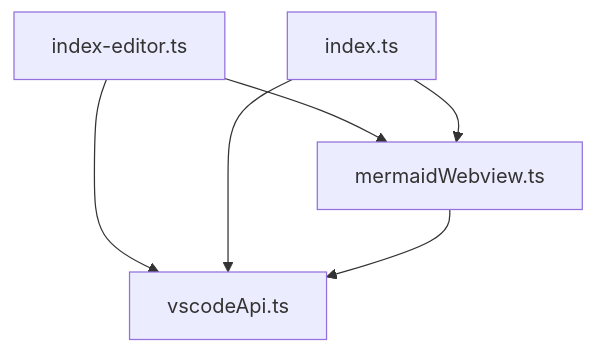
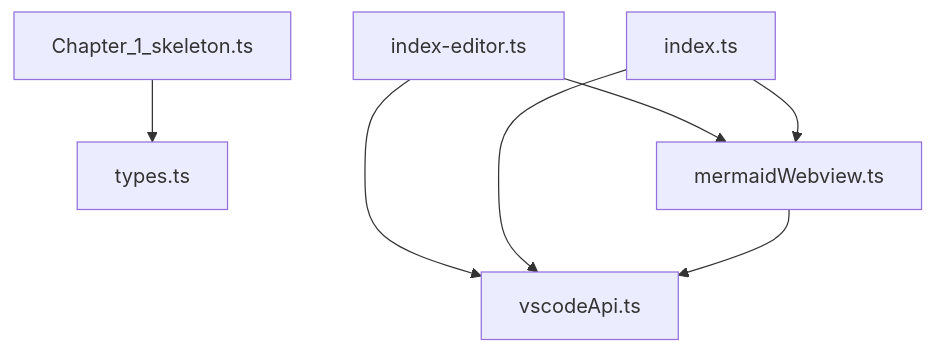
One commit to CardSorting/Marie-Psychic-Architecture changed the diagram in SENTINEL.md. Above: the diagram before and after it, drawn with Mermaid. The commit also changed other lines of this file and 8 other files, not shown here.

````diff
--- a/SENTINEL.md
+++ b/SENTINEL.md
@@ -15,9 +15,10 @@
 ```mermaid
 graph TD;
+  _vault_novel_src_plumbing_Chapter_1_skeleton_ts[Chapter_1_skeleton.ts] --> _vault_novel_src_plumbing_types_ts[types.ts];
   _vscode_test_vscode_darwin_arm64_1_109_3_Visual_Studio_Code_app_Contents_Resources_app_extensions_mermaid_chat_features_chat_webview_src_index_editor_ts[index-editor.ts] --> _vscode_test_vscode_darwin_arm64_1_109_3_Visual_Studio_Code_app_Contents_Resources_app_extensions_mermaid_chat_features_chat_webview_src_mermaidWebview_ts[mermaidWebview.ts];
   _vscode_test_vscode_darwin_arm64_1_109_3_Visual_Studio_Code_app_Contents_Resources_app_extensions_mermaid_chat_features_chat_webview_src_index_editor_ts[index-editor.ts] --> _vscode_test_vscode_darwin_arm64_1_109_3_Visual_Studio_Code_app_Contents_Resources_app_extensions_mermaid_chat_features_chat_webview_src_vscodeApi_ts[vscodeApi.ts];
   _vscode_test_vscode_darwin_arm64_1_109_3_Visual_Studio_Code_app_Contents_Resources_app_extensions_mermaid_chat_features_chat_webview_src_index_ts[index.ts] --> _vscode_test_vscode_darwin_arm64_1_109_3_Visual_Studio_Code_app_Contents_Resources_app_extensions_mermaid_chat_features_chat_webview_src_mermaidWebview_ts[mermaidWebview.ts];
   _vscode_test_vscode_darwin_arm64_1_109_3_Visual_Studio_Code_app_Contents_Resources_app_extensions_mermaid_chat_features_chat_webview_src_index_ts[index.ts] --> _vscode_test_vscode_darwin_arm64_1_109_3_Visual_Studio_Code_app_Contents_Resources_app_extensions_mermaid_chat_features_chat_webview_src_vscodeApi_ts[vscodeApi.ts];
   _vscode_test_vscode_darwin_arm64_1_109_3_Visual_Studio_Code_app_Contents_Resources_app_extensions_mermaid_chat_features_chat_webview_src_mermaidWebview_ts[mermaidWebview.ts] --> _vscode_test_vscode_darwin_arm64_1_109_3_Visual_Studio_Code_app_Contents_Resources_app_extensions_mermaid_chat_features_chat_webview_src_vscodeApi_ts[vscodeApi.ts];
 
 ```
````
